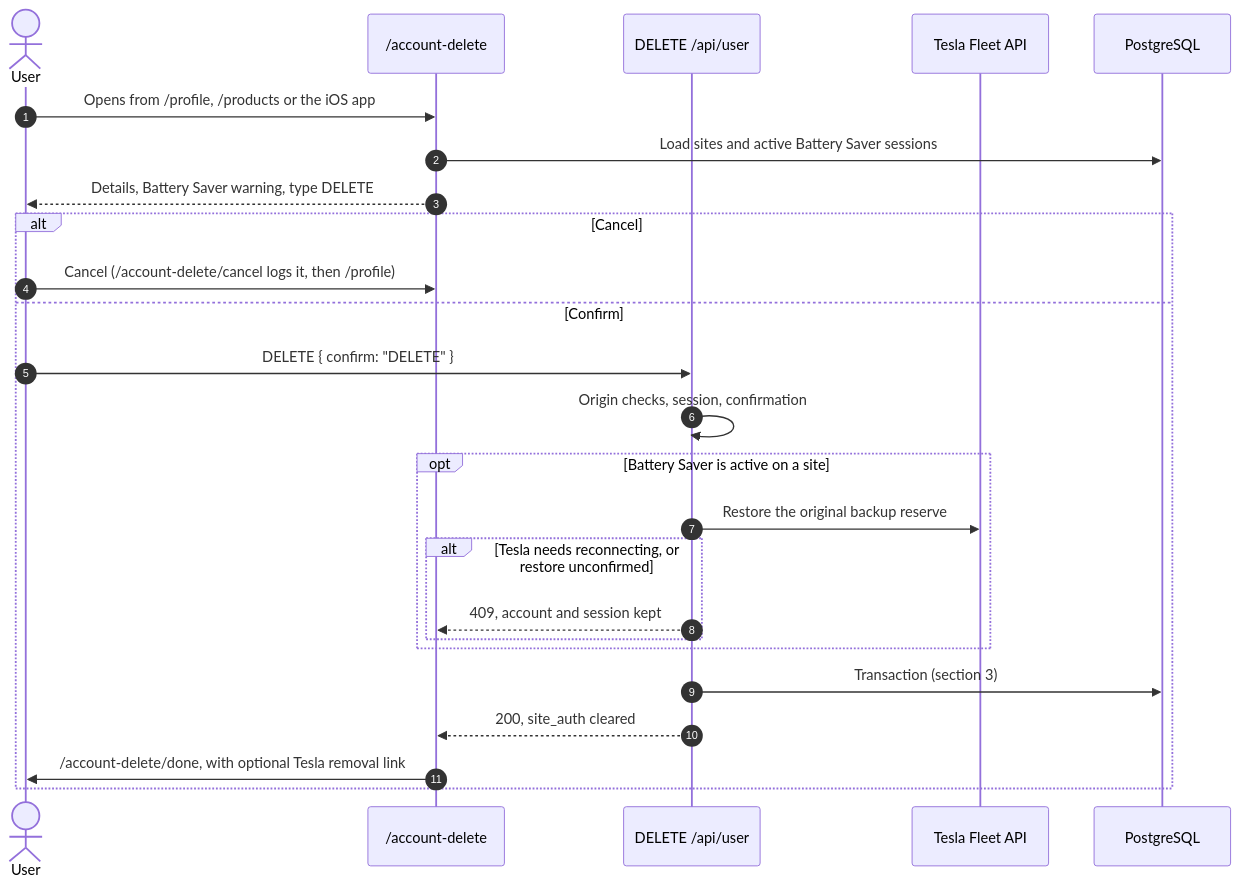
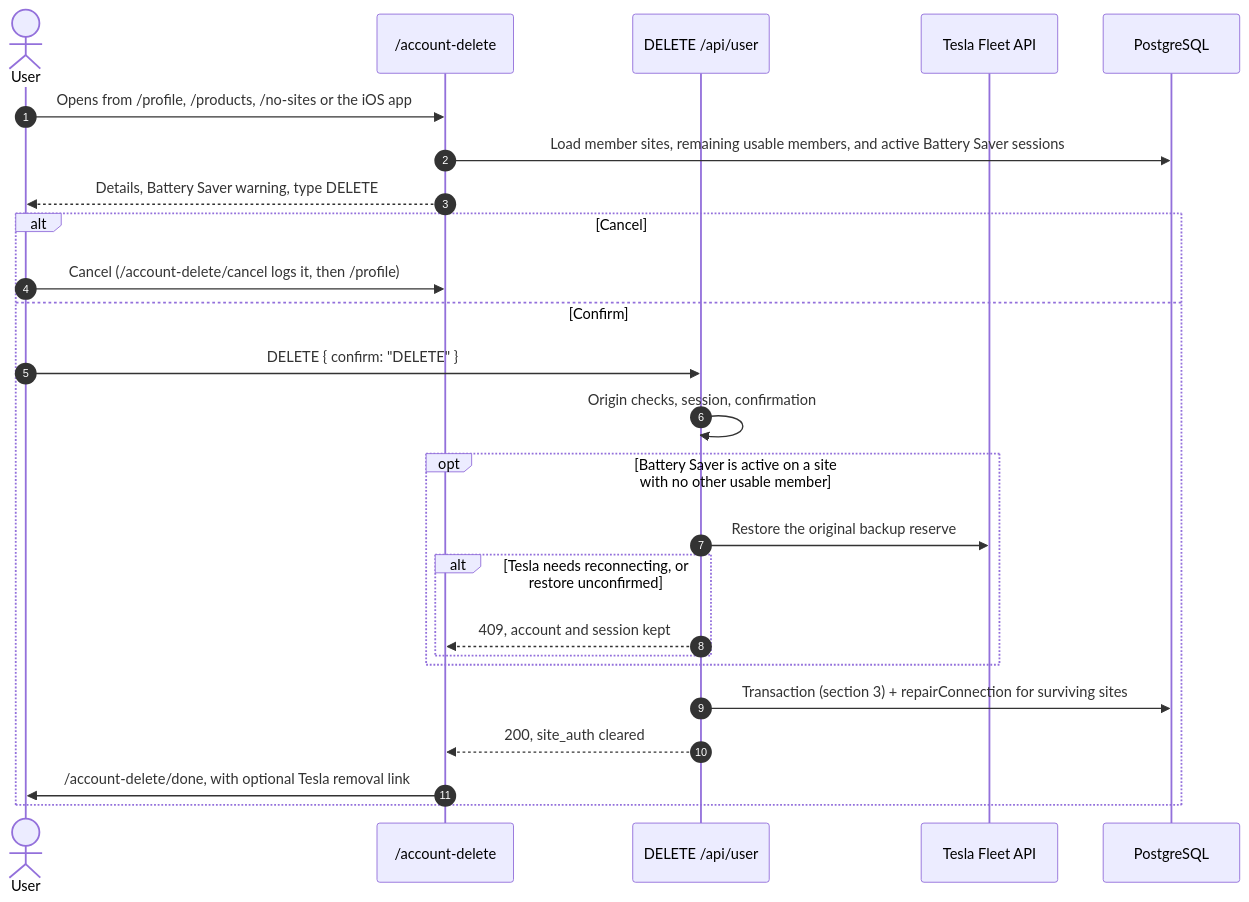
The diagram in docs/superpowers/specs/2026-11-08-user-account-deletion-design.md (KevM/pwusage), drawn with Mermaid before and after one commit. The commit also changed other lines of this file and 1 other file, not shown here.

Commit message:
docs: align account deletion spec and plan with shared-site memberships

````diff
--- a/docs/superpowers/specs/2026-11-08-user-account-deletion-design.md
+++ b/docs/superpowers/specs/2026-11-08-user-account-deletion-design.md
@@ -36,28 +39,28 @@
 ```mermaid
 sequenceDiagram
     autonumber
     actor User
     participant Page as /account-delete
     participant API as DELETE /api/user
     participant Tesla as Tesla Fleet API
     participant DB as PostgreSQL
 
-    User->>Page: Opens from /profile, /products or the iOS app
-    Page->>DB: Load sites and active Battery Saver sessions
+    User->>Page: Opens from /profile, /products, /no-sites or the iOS app
+    Page->>DB: Load member sites, remaining usable members, and active Battery Saver sessions
     Page-->>User: Details, Battery Saver warning, type DELETE
     alt Cancel
         User->>Page: Cancel (/account-delete/cancel logs it, then /profile)
     else Confirm
         User->>API: DELETE { confirm: "DELETE" }
         API->>API: Origin checks, session, confirmation
-        opt Battery Saver is active on a site
+        opt Battery Saver is active on a site with no other usable member
             API->>Tesla: Restore the original backup reserve
             alt Tesla needs reconnecting, or restore unconfirmed
                 API-->>Page: 409, account and session kept
             end
         end
-        API->>DB: Transaction (section 3)
+        API->>DB: Transaction (section 3) + repairConnection for surviving sites
         API-->>Page: 200, site_auth cleared
         Page->>User: /account-delete/done, with optional Tesla removal link
     end
 ```
````
